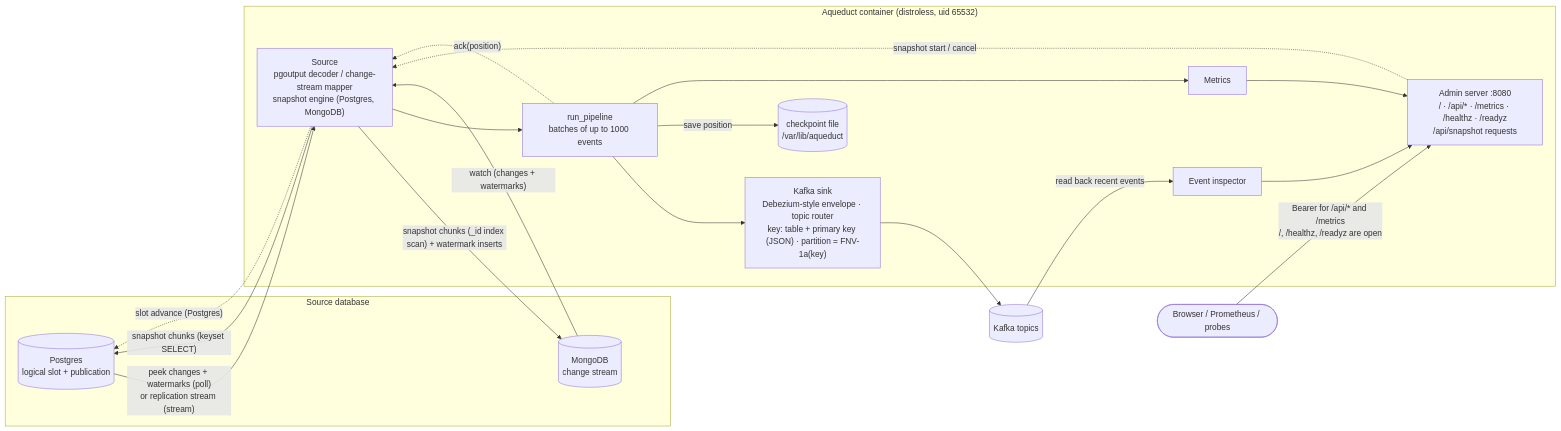
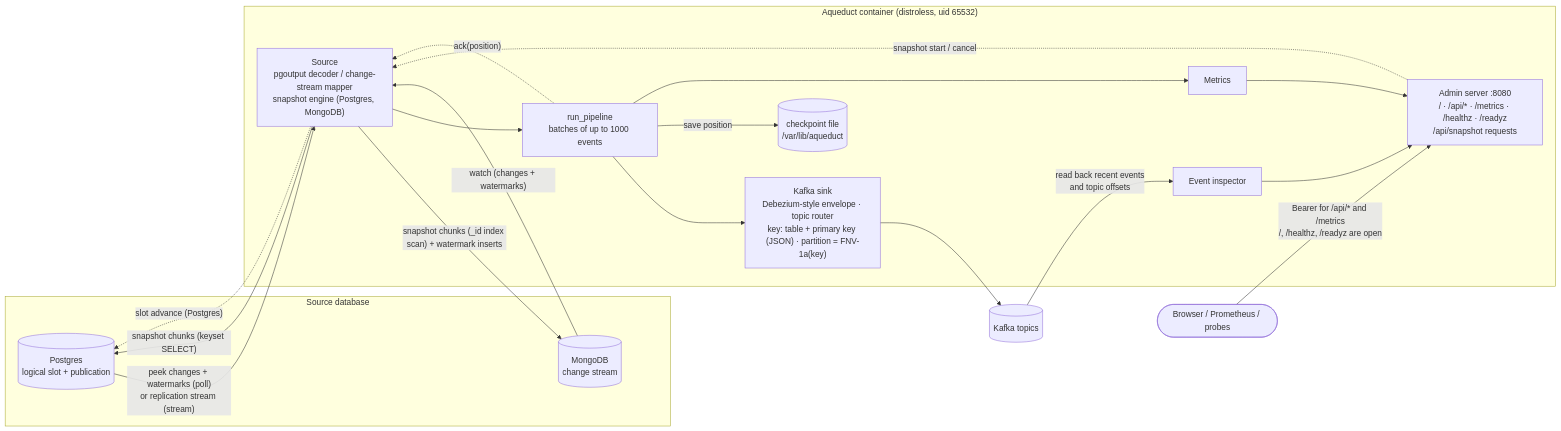
One commit to yarncraft/aqueduct changed the first of 3 diagrams in README.md. Above: the diagram before and after it, drawn with Mermaid. The commit also changed other lines of this file and 11 other files, not shown here.

````diff
--- a/README.md
+++ b/README.md
@@ -18,33 +18,33 @@
 ```mermaid
 flowchart LR
     subgraph db["Source database"]
         PG[("Postgres<br/>logical slot + publication")]
         MG[("MongoDB<br/>change stream")]
     end
 
     subgraph aq["Aqueduct container (distroless, uid 65532)"]
         SRC["Source<br/>pgoutput decoder / change-stream mapper<br/>snapshot engine (Postgres, MongoDB)"]
         PIPE["run_pipeline<br/>batches of up to 1000 events"]
         SINK["Kafka sink<br/>Debezium-style envelope · topic router<br/>key: table + primary key (JSON) · partition = FNV-1a(key)"]
         CK[("checkpoint file<br/>/var/lib/aqueduct")]
         MET["Metrics"]
         ADM["Admin server :8080<br/>/ · /api/* · /metrics · /healthz · /readyz<br/>/api/snapshot requests"]
         INS["Event inspector"]
     end
 
     K[("Kafka topics")]
     U(["Browser / Prometheus / probes"])
 
     PG -- "peek changes + watermarks (poll)<br/>or replication stream (stream)" --> SRC
     SRC -- "snapshot chunks (keyset SELECT)" --> PG
     MG -- "watch (changes + watermarks)" --> SRC
     SRC -- "snapshot chunks (_id index scan) + watermark inserts" --> MG
     SRC --> PIPE --> SINK --> K
     PIPE -- "save position" --> CK
     PIPE -. "ack(position)" .-> SRC
     SRC -. "slot advance (Postgres)" .-> PG
     PIPE --> MET --> ADM
     ADM -. "snapshot start / cancel" .-> SRC
-    K -- "read back recent events" --> INS --> ADM
+    K -- "read back recent events<br/>and topic offsets" --> INS --> ADM
     U -- "Bearer for /api/* and /metrics<br/>/, /healthz, /readyz are open" --> ADM
 ```
````
